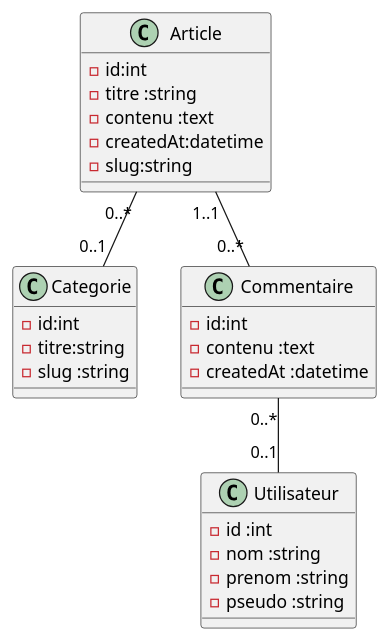
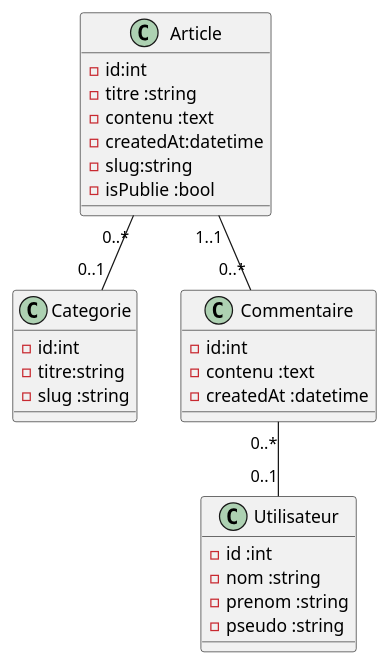
Before and after one commit to Zirmo/blog_lamy: the diagram in documentation/diagramme de classe.puml, drawn with PlantUML. The commit also changed 11 other files, not shown here.

```diff
--- a/documentation/diagramme de classe.puml
+++ b/documentation/diagramme de classe.puml
@@ -1,32 +1,33 @@
 @startuml
 
 class Article {
     -id:int
     -titre :string
     -contenu :text
     -createdAt:datetime
     -slug:string
+    -isPublie :bool
 }
 
 class Categorie {
     -id:int
     -titre:string
     -slug :string
 }
 
 class Commentaire {
     -id:int
     -contenu :text
     -createdAt :datetime
 }
 
 class Utilisateur {
     -id :int
     -nom :string
     -prenom :string
     -pseudo :string
 }
 Article "0..*"-- "0..1" Categorie
 Article "1..1"--"0..*" Commentaire
 Commentaire "0..*"-- "0..1"Utilisateur
 @enduml
```
